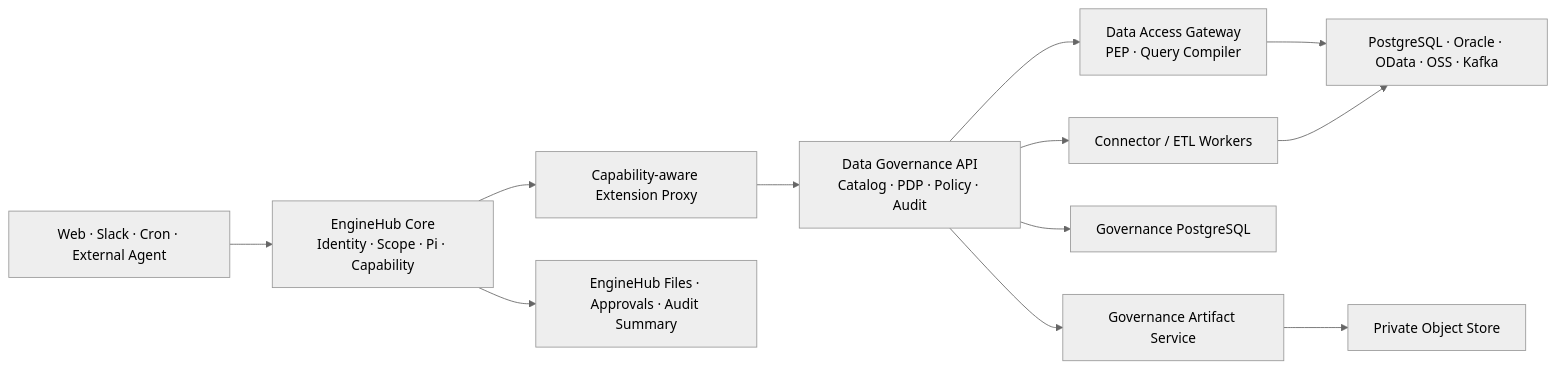
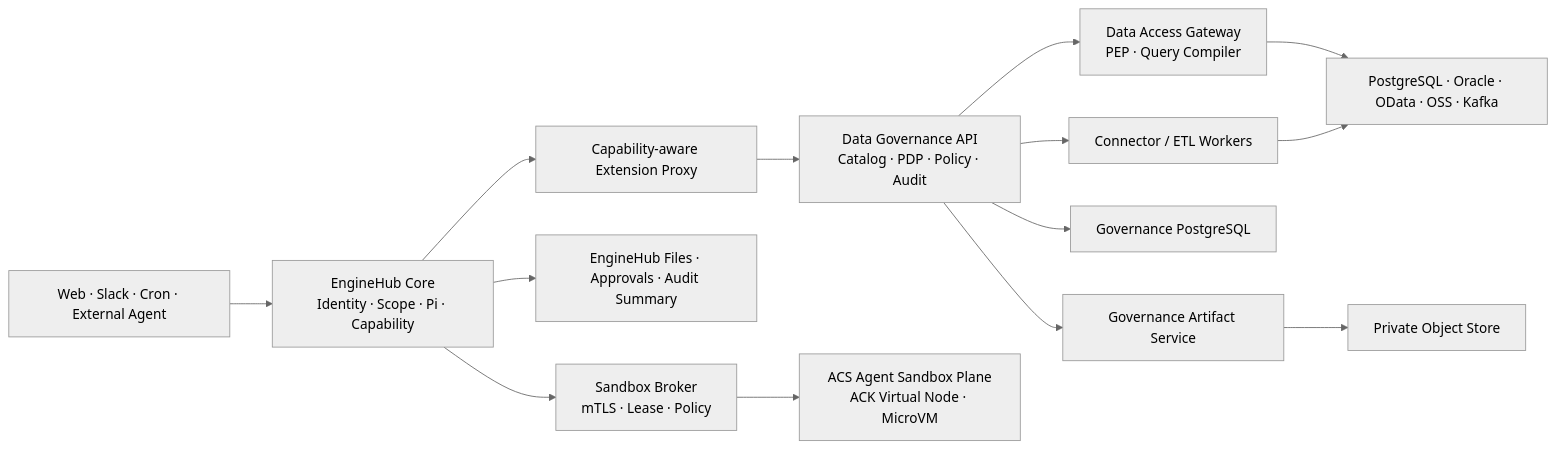
Before and after one commit to wjtong/enginehub: the first of 5 diagrams in deploy/layers/aie/docs/ENGINEHUB_AIE_DATA_GOVERNANCE_ARCHITECTURE.md, drawn with Mermaid (neutral theme). The commit also changed other lines of this file, not shown here.

Commit message:
docs(aie): adopt ACS Agent Sandbox architecture

````diff
--- a/deploy/layers/aie/docs/ENGINEHUB_AIE_DATA_GOVERNANCE_ARCHITECTURE.md
+++ b/deploy/layers/aie/docs/ENGINEHUB_AIE_DATA_GOVERNANCE_ARCHITECTURE.md
@@ -30,14 +32,16 @@
 ```mermaid
 flowchart LR
     S["Web · Slack · Cron · External Agent"] --> C["EngineHub Core<br/>Identity · Scope · Pi · Capability"]
     C --> X["Capability-aware Extension Proxy"]
     X --> G["Data Governance API<br/>Catalog · PDP · Policy · Audit"]
     G --> Q["Data Access Gateway<br/>PEP · Query Compiler"]
     G --> W["Connector / ETL Workers"]
     Q --> D["PostgreSQL · Oracle · OData · OSS · Kafka"]
     W --> D
     G --> P["Governance PostgreSQL"]
     G --> A["Governance Artifact Service"]
     A --> O["Private Object Store"]
     C --> F["EngineHub Files · Approvals · Audit Summary"]
+    C --> B["Sandbox Broker<br/>mTLS · Lease · Policy"]
+    B --> SB["ACS Agent Sandbox Plane<br/>ACK Virtual Node · MicroVM"]
 ```
````
